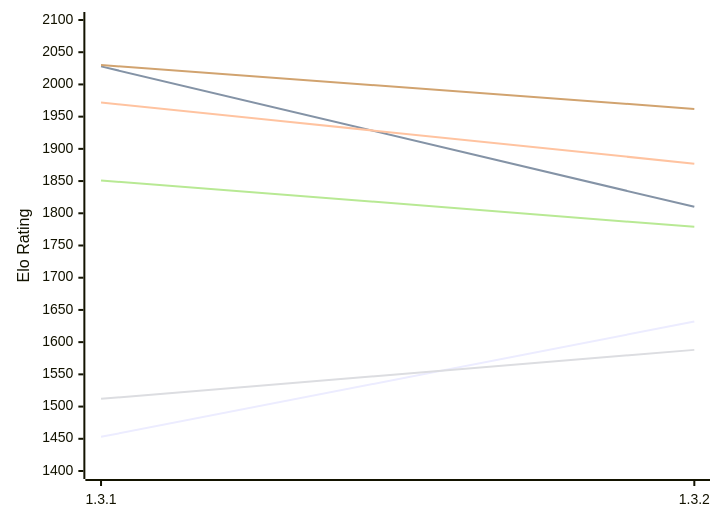
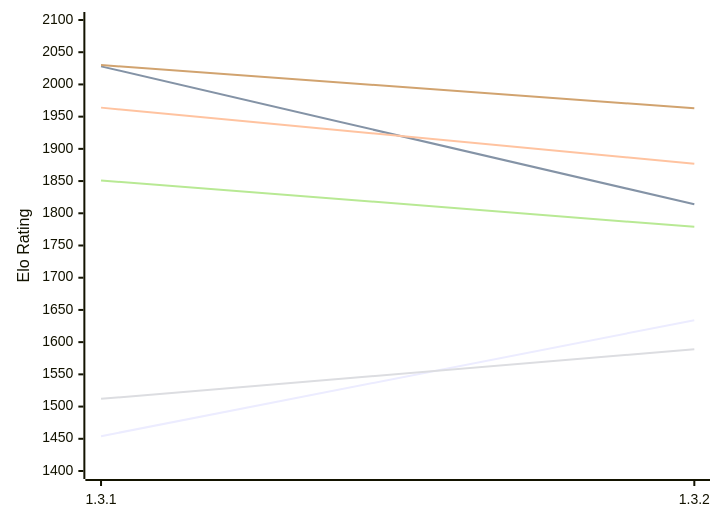
The first of 2 diagrams in engines/Zugblitz.md (computer-chess-index/cci), drawn with Mermaid before and after one commit. The commit also changed other lines of this file, not shown here.

Commit message:
Update CCI Ratings (ELO VLTC) - 2026-11-26

````diff
--- a/engines/Zugblitz.md
+++ b/engines/Zugblitz.md
@@ -50,12 +50,12 @@
 ```mermaid
 %%{init: {"theme":"base","themeVariables":{"seriesColors:['#a3a3a3','#222221','#faa371']}}}%%
 xychart-beta
   x-axis ["1.3.1", "1.3.2"]
   y-axis "Elo Rating" 1400 --> 2100
-  line "E1: STC (8.0+0.08s)" [1453, 1632]
-  line "E1: LTC (60.0+0.60s)" [2028, 1810]
-  line "E1: VLTC (2m24s+1.12s)" [1972, 1877]
-  line "P1: STC (8.0+0.08s)" [1512, 1588]
+  line "E1: STC (8.0+0.08s)" [1454, 1634]
+  line "E1: LTC (60.0+0.60s)" [2028, 1814]
+  line "E1: VLTC (2m24s+1.12s)" [1964, 1877]
+  line "P1: STC (8.0+0.08s)" [1512, 1589]
   line "P1: LTC (60.0+0.60s)" [1851, 1779]
-  line "P1: VLTC (2m24s+1.12s)" [2030, 1962]
+  line "P1: VLTC (2m24s+1.12s)" [2030, 1963]
 ```
````
